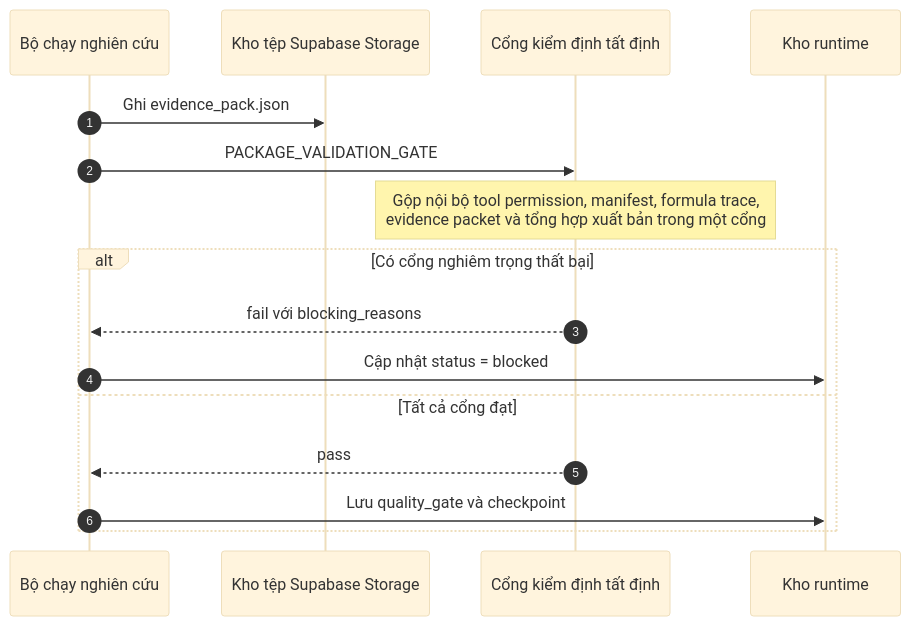
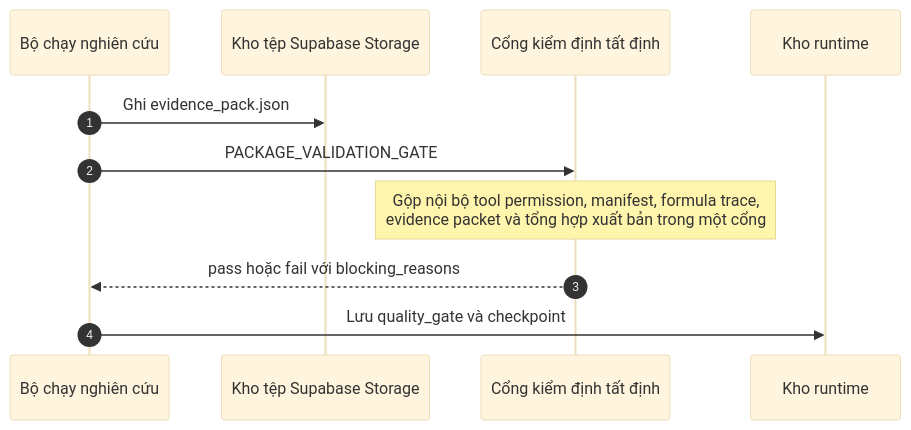
One commit to haubelerche/equity-research-system changed diagram 13 of 24 in docs/SEQUENCE.md. Above: the diagram before and after it, drawn with Mermaid (base theme). The commit also changed other lines of this file and 178 other files, not shown here.

````diff
--- a/docs/SEQUENCE.md
+++ b/docs/SEQUENCE.md
@@ -371,19 +367,14 @@
 ```mermaid
 sequenceDiagram
     autonumber
     participant R as Bộ chạy nghiên cứu
     participant ST as Kho tệp Supabase Storage
     participant G as Cổng kiểm định tất định
     participant S as Kho runtime
 
     R->>ST: Ghi evidence_pack.json
     R->>G: PACKAGE_VALIDATION_GATE
     Note over G: Gộp nội bộ tool permission, manifest, formula trace,<br/>evidence packet và tổng hợp xuất bản trong một cổng
-    alt Có cổng nghiêm trọng thất bại
-        G-->>R: fail với blocking_reasons
-        R->>S: Cập nhật status = blocked
-    else Tất cả cổng đạt
-        G-->>R: pass
-        R->>S: Lưu quality_gate và checkpoint
-    end
+    G-->>R: pass hoặc fail với blocking_reasons
+    R->>S: Lưu quality_gate và checkpoint
 ```
````
